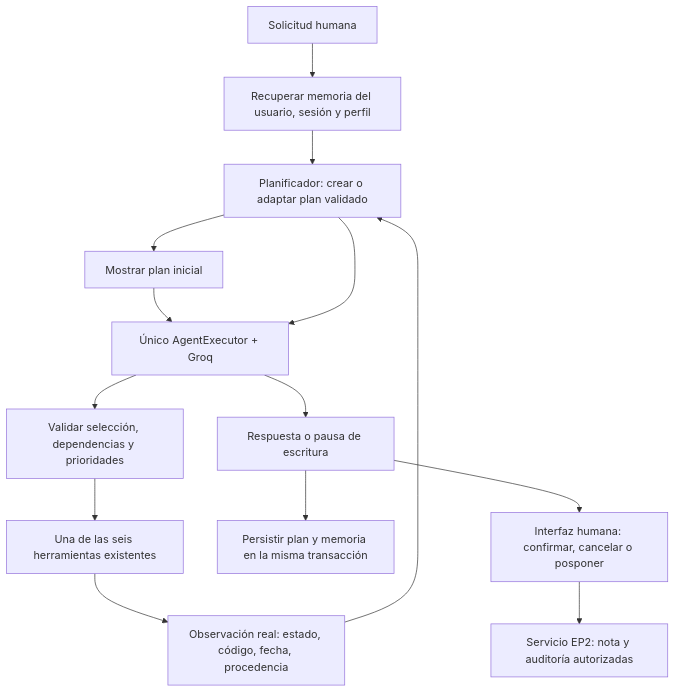
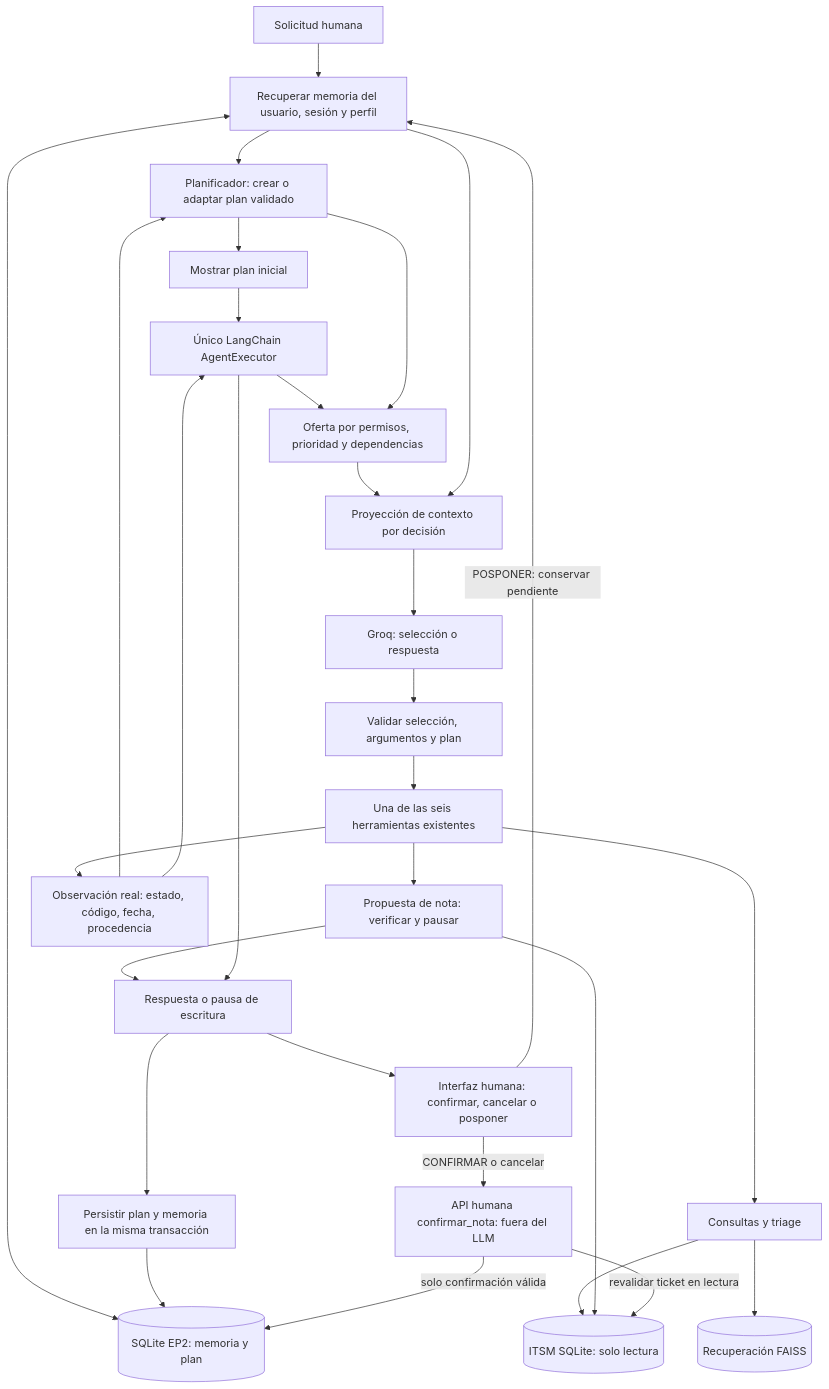
Before and after one commit to sebacvdo-prog/mesa-ayuda-ti-rag: the diagram in docs/ep2_etapa4.md, drawn with Mermaid. The commit also changed other lines of this file and 6 other files, not shown here.

````diff
--- a/docs/ep2_etapa4.md
+++ b/docs/ep2_etapa4.md
@@ -41,16 +41,32 @@
 ```mermaid
 flowchart TD
     U[Solicitud humana] --> M[Recuperar memoria del usuario, sesión y perfil]
+    M <--> DB[(SQLite EP2: memoria y plan)]
     M --> P[Planificador: crear o adaptar plan validado]
     P --> C[Mostrar plan inicial]
-    C --> E[Único AgentExecutor + Groq]
-    E --> V[Validar selección, dependencias y prioridades]
+    C --> E[Único LangChain AgentExecutor]
+    E --> OF[Oferta por permisos, prioridad y dependencias]
+    P --> OF
+    OF --> CT[Proyección de contexto por decisión]
+    M --> CT
+    CT --> L[Groq: selección o respuesta]
+    L --> V[Validar selección, argumentos y plan]
     V --> T[Una de las seis herramientas existentes]
+    T --> R[Consultas y triage]
+    R --> I[(ITSM SQLite: solo lectura)]
+    R --> FA[(Recuperación FAISS)]
+    T --> PR[Propuesta de nota: verificar y pausar]
+    PR --> I
+    PR --> F
     T --> O[Observación real: estado, código, fecha, procedencia]
     O --> P
-    P --> E
+    O --> E
     E --> F[Respuesta o pausa de escritura]
     F --> S[Persistir plan y memoria en la misma transacción]
+    S --> DB
     F --> H[Interfaz humana: confirmar, cancelar o posponer]
-    H --> N[Servicio EP2: nota y auditoría autorizadas]
+    H -->|CONFIRMAR o cancelar| N[API humana confirmar_nota: fuera del LLM]
+    H -->|POSPONER: conservar pendiente| M
+    N -->|solo confirmación válida| DB
+    N -->|revalidar ticket en lectura| I
 ```
````
